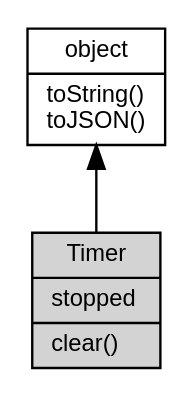
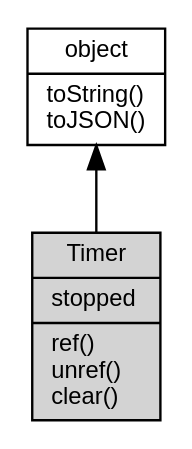
Before and after one commit to fibjs/fibjs.org: the diagram in docs/manual/object/ifs/Timer.md, drawn with Graphviz. The commit also changed other lines of this file and 206 other files, not shown here.

````diff
--- a/docs/manual/object/ifs/Timer.md
+++ b/docs/manual/object/ifs/Timer.md
@@ -5,10 +5,10 @@
 ```dot
 digraph {
     node [fontname="Helvetica,sans-Serif", fontsize=10, shape="record", style="filled", fillcolor="white"];
 
     object [tooltip="object", URL="object.md", label="{object|toString()\ltoJSON()\l}"];
-    Timer [tooltip="Timer", fillcolor="lightgray", id="me", label="{Timer|stopped\l|clear()\l}"];
+    Timer [tooltip="Timer", fillcolor="lightgray", id="me", label="{Timer|stopped\l|ref()\lunref()\lclear()\l}"];
 
     object -> Timer [dir=back];
 }
 ```
````
